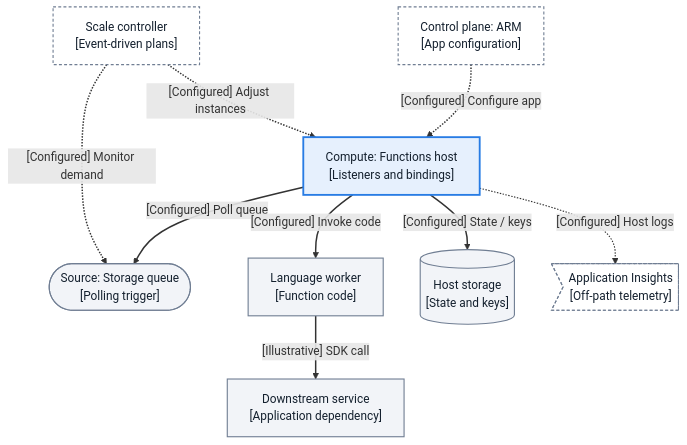
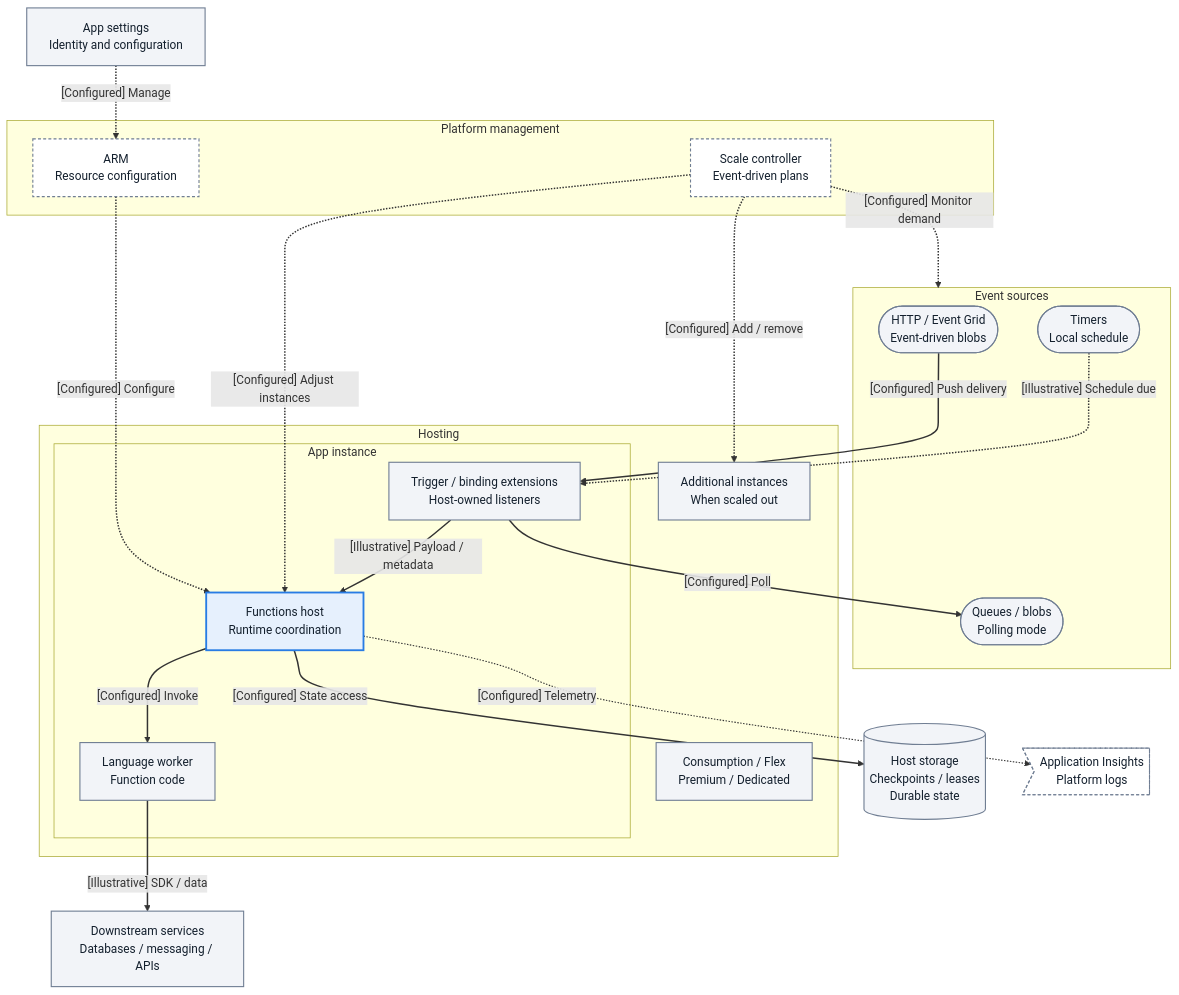
One commit to yeongseon/azure-functions-practical-guide changed the first of 8 diagrams in docs/platform/architecture/index.md. Above: the diagram before and after it, drawn with Mermaid. The commit also changed other lines of this file, not shown here.

First line of the commit message:
docs(diagrams): restore general architecture and invocation scope

````diff
--- a/docs/platform/architecture/index.md
+++ b/docs/platform/architecture/index.md
@@ -161,29 +161,48 @@
 ```mermaid
 flowchart TD
-    accTitle: What does the Functions host coordinate?
-    accDescr: Queue-triggered out-of-process view. The host owns listeners and bindings, invokes the worker and uses host storage. ARM configuration and event-driven scaling are separate from invocation. These are logical roles, not network hops.
-    scale_controller["Scale controller<br/>[Event-driven plans]"]
-    client(["Source: Storage queue<br/>[Polling trigger]"])
-    app_runtime["Compute: Functions host<br/>[Listeners and bindings]"]
-    language_worker["Language worker<br/>[Function code]"]
-    storage_db[("Host storage<br/>[State and keys]")]
-    control_plane["Control plane: ARM<br/>[App configuration]"]
-    telemetry>"Application Insights<br/>[Off-path telemetry]"]
-    dependency["Downstream service<br/>[Application dependency]"]
-    scale_controller -.->|"[Configured] Monitor demand"| client
+    accTitle: How do events, hosting and runtime roles fit together?
+    accDescr: General Functions mental model with HTTP, timers, queues, blobs and Event Grid. Hosting contains a logical app instance with host, extensions and worker plus additional scaled instances. ARM manages configuration separately from platform scaling; polling, push delivery and timer schedules are distinct.
+    subgraph Management["Platform management"]
+        control_plane["ARM<br/>Resource configuration"]
+        scale_controller["Scale controller<br/>Event-driven plans"]
+    end
+    Config["App settings<br/>Identity and configuration"]
+    subgraph Events["Event sources"]
+        client(["HTTP / Event Grid<br/>Event-driven blobs"])
+        poll_source(["Queues / blobs<br/>Polling mode"])
+        timer_source(["Timers<br/>Local schedule"])
+    end
+    subgraph Plan["Hosting"]
+        hosting_plan["Consumption / Flex<br/>Premium / Dedicated"]
+        subgraph Instance["App instance"]
+            trigger_listener["Trigger / binding extensions<br/>Host-owned listeners"]
+            app_runtime["Functions host<br/>Runtime coordination"]
+            language_worker["Language worker<br/>Function code"]
+        end
+        InstanceN["Additional instances<br/>When scaled out"]
+    end
+    storage_db[("Host storage<br/>Checkpoints / leases<br/>Durable state")]
+    dependency["Downstream services<br/>Databases / messaging / APIs"]
+    telemetry>"Application Insights<br/>Platform logs"]
+    Config -.->|"[Configured] Manage"| control_plane
+    control_plane -.->|"[Configured] Configure"| app_runtime
+    scale_controller -.->|"[Configured] Monitor demand"| Events
     scale_controller -.->|"[Configured] Adjust instances"| app_runtime
-    control_plane -.->|"[Configured] Configure app"| app_runtime
-    app_runtime -->|"[Configured] Poll queue"| client
-    app_runtime -->|"[Configured] Invoke code"| language_worker
-    app_runtime -->|"[Configured] State / keys"| storage_db
-    language_worker -->|"[Illustrative] SDK call"| dependency
-    app_runtime -.->|"[Configured] Host logs"| telemetry
+    scale_controller -.->|"[Configured] Add / remove"| InstanceN
+    client -->|"[Configured] Push delivery"| trigger_listener
+    trigger_listener -->|"[Configured] Poll"| poll_source
+    timer_source -.->|"[Illustrative] Schedule due"| trigger_listener
+    trigger_listener -->|"[Illustrative] Payload / metadata"| app_runtime
+    app_runtime -->|"[Configured] Invoke"| language_worker
+    app_runtime -->|"[Configured] State access"| storage_db
+    language_worker -->|"[Illustrative] SDK / data"| dependency
+    app_runtime -.->|"[Configured] Telemetry"| telemetry
     classDef baseNeutral fill:#f2f4f8,stroke:#707e93,stroke-width:1.5px,color:#14202e;
     classDef focusActive fill:#e6f0fd,stroke:#287ce4,stroke-width:2.5px,color:#14202e;
     classDef bandMuted fill:#ffffff,stroke:#707e93,stroke-width:1.5px,stroke-dasharray:4 3,color:#14202e;
-    class client,language_worker,storage_db,dependency baseNeutral;
+    class client,poll_source,timer_source,language_worker,trigger_listener,hosting_plan,InstanceN,Config,storage_db,dependency baseNeutral;
     class app_runtime focusActive;
     class scale_controller,control_plane,telemetry bandMuted;
     linkStyle default stroke-width:2px;
-    linkStyle 7 stroke-width:1.5px;
+    linkStyle 12 stroke-width:1.5px;
 ```
````
